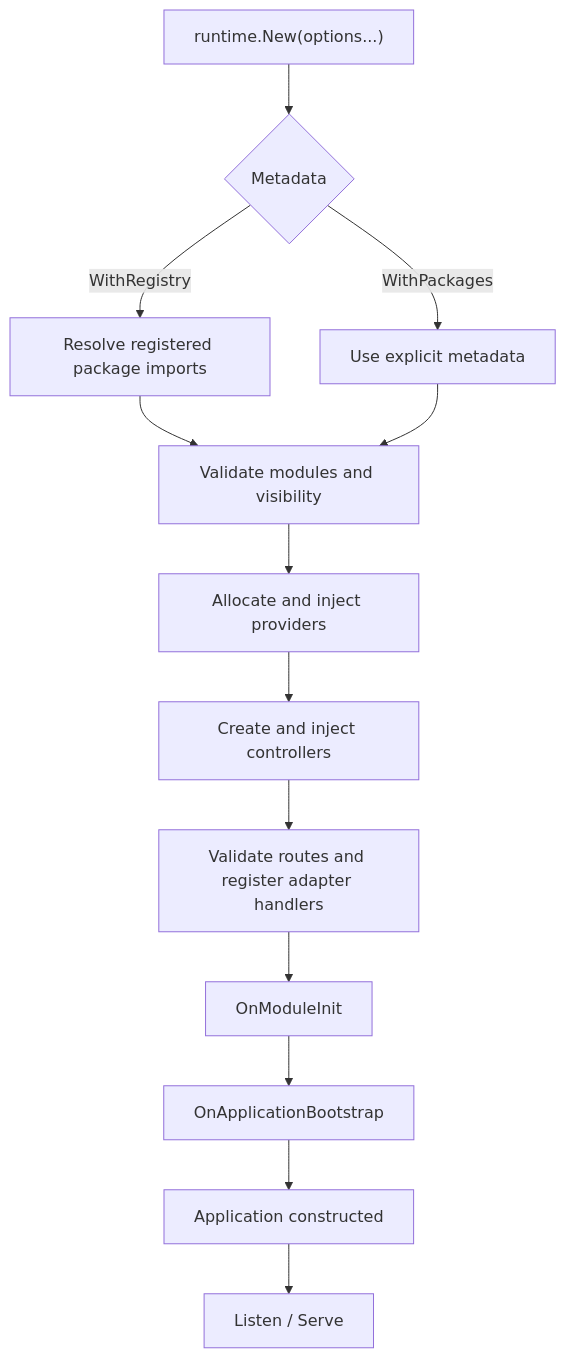
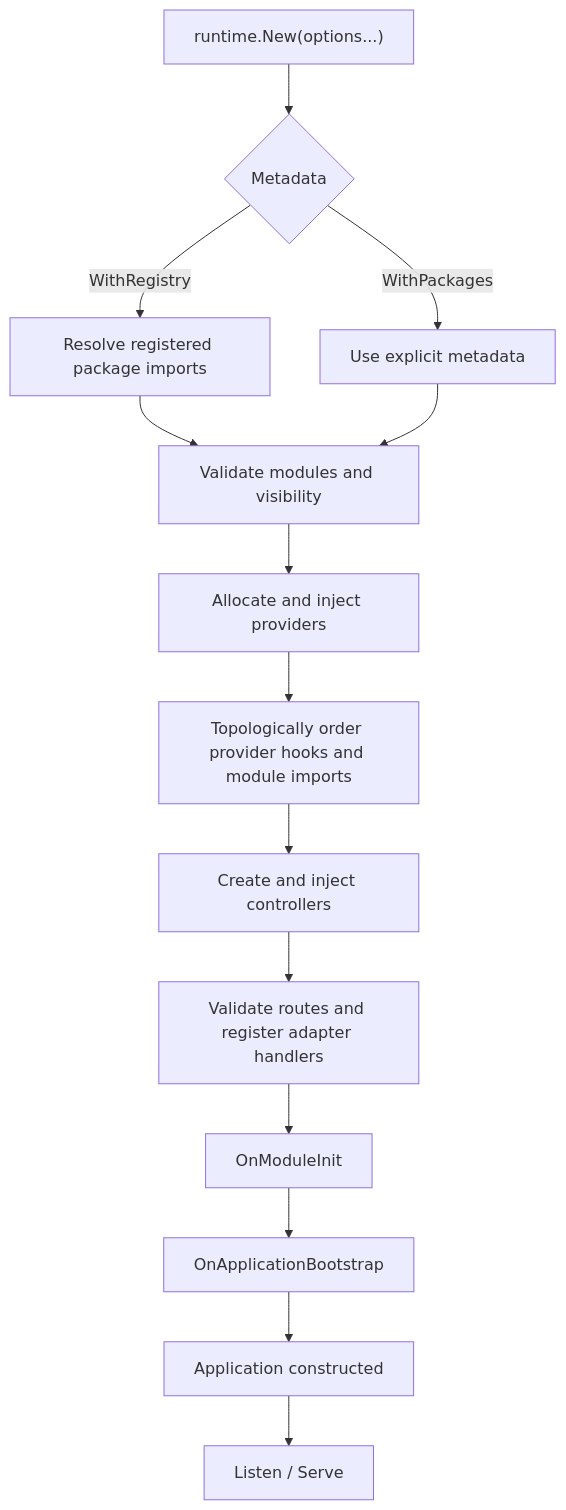
Before and after one commit to kevenmiano/nestgo: the first of 3 diagrams in website/docs/fundamentals/lifecycle.md, drawn with Mermaid. The commit also changed other lines of this file and 7 other files, not shown here.

````diff
--- a/website/docs/fundamentals/lifecycle.md
+++ b/website/docs/fundamentals/lifecycle.md
@@ -25,15 +25,16 @@
 ```mermaid
 flowchart TD
   Entry["runtime.New(options...)"] --> Source{"Metadata"}
   Source -->|"WithRegistry"| Registry["Resolve registered package imports"]
   Source -->|"WithPackages"| Direct["Use explicit metadata"]
   Registry --> Graph["Validate modules and visibility"]
   Direct --> Graph
   Graph --> Provider["Allocate and inject providers"]
-  Provider --> Controller["Create and inject controllers"]
+  Provider --> Order["Topologically order provider hooks and module imports"]
+  Order --> Controller["Create and inject controllers"]
   Controller --> Route["Validate routes and register adapter handlers"]
   Route --> Init["OnModuleInit"]
   Init --> Ready["OnApplicationBootstrap"]
   Ready --> App["Application constructed"]
   App --> Serve["Listen / Serve"]
 ```
````
